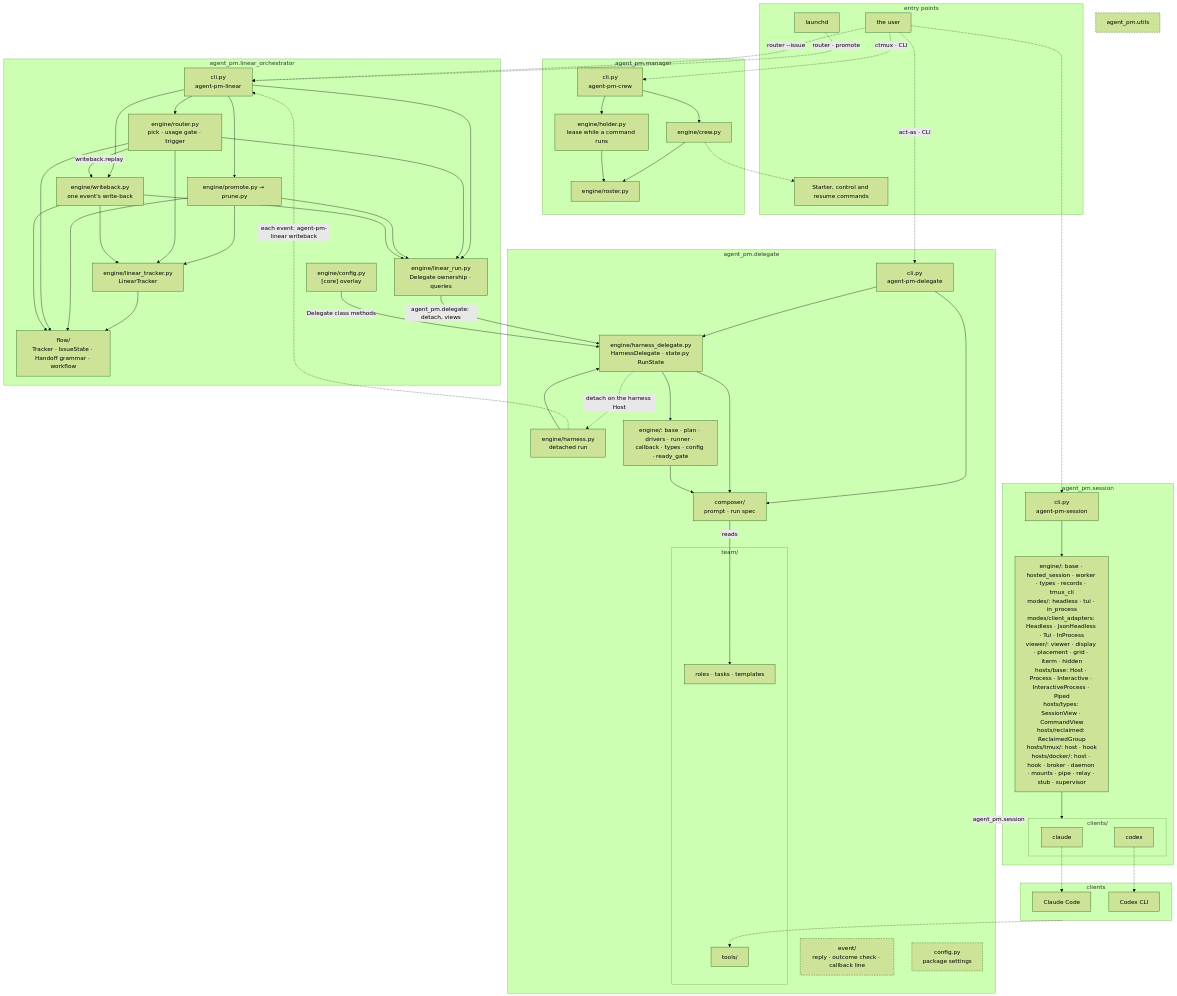
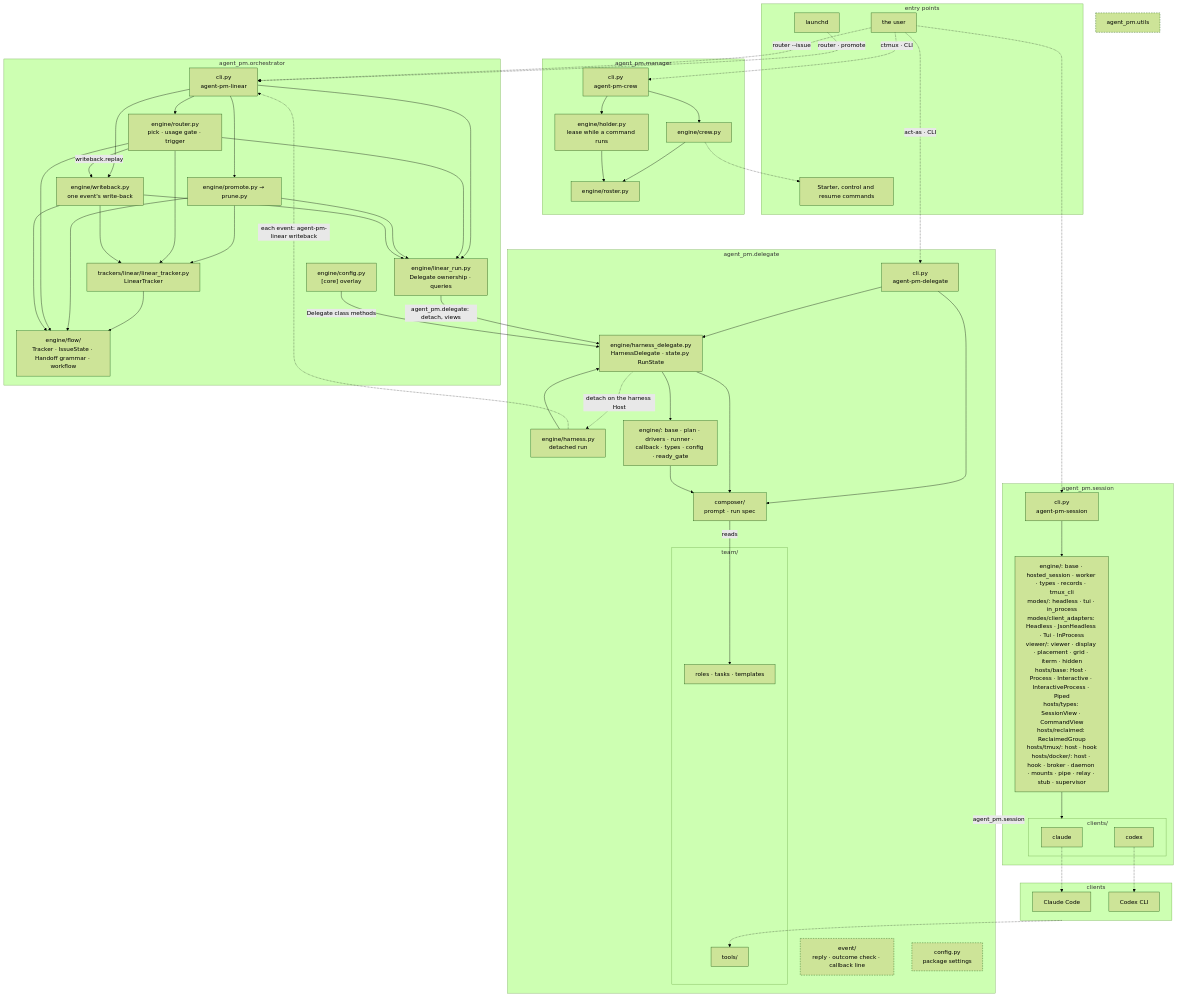
The diagram in docs/architecture.md (ophis/agent-pm), drawn with Mermaid (forest theme) before and after one commit. The commit also changed other lines of this file and 299 other files, not shown here.

First line of the commit message:
TASK-791: 改名 1 包改名为 orchestrator Linear 代码挪进 trackers/linear (#536)

````diff
--- a/docs/architecture.md
+++ b/docs/architecture.md
@@ -5,78 +5,78 @@
 ```mermaid
 flowchart TB
   subgraph EN[entry points]
     LD[launchd]
     HU[the user]
     CC[Starter, control and resume commands]
   end
   subgraph MG[agent_pm.manager]
     MC["cli.py<br>agent-pm-crew"] --> W["engine/crew.py"] --> RS["engine/roster.py"]
     MC --> HO["engine/holder.py<br>lease while a command runs"] --> RS
   end
-  subgraph LO[agent_pm.linear_orchestrator]
+  subgraph LO[agent_pm.orchestrator]
     LCLI["cli.py<br>agent-pm-linear"]
     R["engine/router.py<br>pick · usage gate · trigger"]
     LR["engine/linear_run.py<br>Delegate ownership · queries"]
     WB["engine/writeback.py<br>one event's write-back"]
     PP["engine/promote.py → prune.py"]
-    LT["engine/linear_tracker.py<br>LinearTracker"]
-    FL["flow/<br>Tracker · IssueState · Handoff grammar · workflow"]
+    LT["trackers/linear/linear_tracker.py<br>LinearTracker"]
+    FL["engine/flow/<br>Tracker · IssueState · Handoff grammar · workflow"]
     LC["engine/config.py<br>[core] overlay"]
   end
   subgraph DL[agent_pm.delegate]
     D["cli.py<br>agent-pm-delegate"]
     HD["engine/harness_delegate.py<br>HarnessDelegate · state.py RunState"]
     H["engine/harness.py<br>detached run"]
     E["engine/: base · plan · drivers · runner · callback · types · config · ready_gate"]
     C["composer/<br>prompt · run spec"]
     EV["event/<br>reply · outcome check · callback line"]
     CF["config.py<br>package settings"]
     subgraph TM[team/]
       T["roles · tasks · templates"]
       AT[tools/]
     end
   end
   subgraph SE[agent_pm.session]
     SC["cli.py<br>agent-pm-session"]
     DR["engine/: base · hosted_session · worker · types · records · tmux_cli<br>modes/: headless · tui · in_process<br>modes/client_adapters: Headless · JsonHeadless · Tui · InProcess<br>viewer/: viewer · display · placement · grid · iterm · hidden<br>hosts/base: Host · Process · Interactive · InteractiveProcess · Piped<br>hosts/types: SessionView · CommandView<br>hosts/reclaimed: ReclaimedGroup<br>hosts/tmux/: host · hook<br>hosts/docker/: host · hook · broker · daemon · mounts · pipe · relay · stub · supervisor"]
     subgraph AD[clients/]
       CL[claude]
       CX[codex]
     end
   end
   U[agent_pm.utils]
   subgraph RT[clients]
     P1[Claude Code]
     P2[Codex CLI]
   end
   LD -.->|"router · promote"| LCLI
   HU -.->|"router --issue"| LCLI
   HU -.->|"act-as · CLI"| D
   HU -.->|"ctmux · CLI"| MC
   HU -.-> SC
   SC --> DR
   LCLI --> R & PP & WB & LR
   R & PP & WB --> LR
   PP & R --> LT --> FL
   PP & R --> FL
   WB --> LT
   WB --> FL
   R -->|"writeback.replay"| WB
   LR -->|"agent_pm.delegate: detach, views"| HD
   H -.->|"each event: agent-pm-linear writeback"| LCLI
   LC -->|"Delegate class methods"| HD
   W -.-> CC
   D & H --> HD
   D --> C
   HD -.->|"detach on the harness Host"| H
   HD --> E & C
   E --> C
   DL -->|agent_pm.session| SE
   C -->|reads| T
   DR --> AD
   CL -.-> P1
   CX -.-> P2
   RT -.-> AT
   classDef shared stroke-dasharray: 4 3
   class EV,U,CF shared
 ```
````
